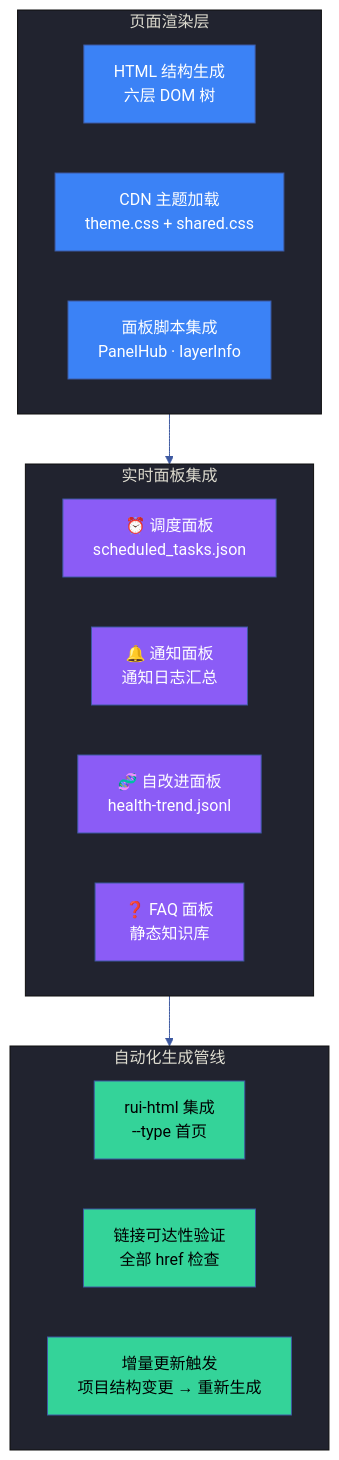
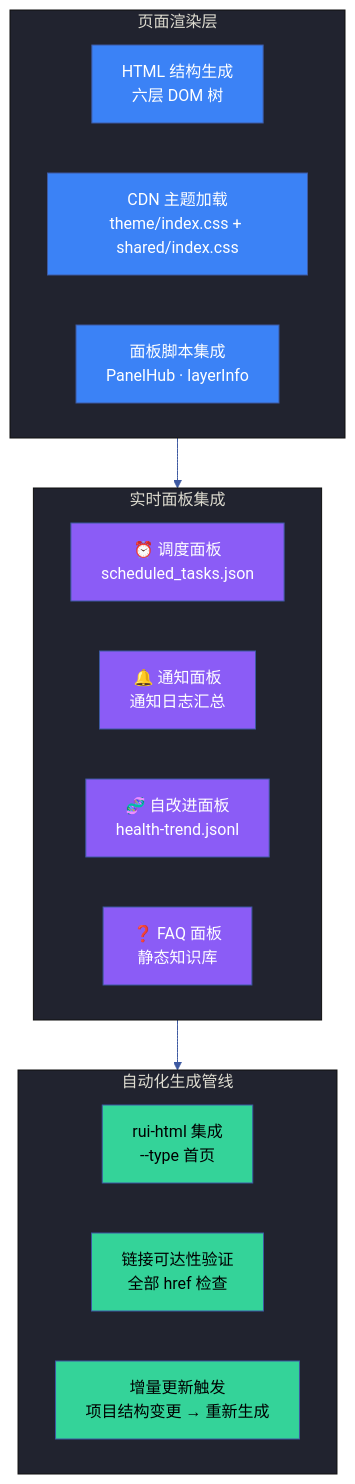
Before and after one commit to effiy/YrY: the third of 3 diagrams in docs/故事任务面板/首页/故事任务.md, drawn with Mermaid. The commit also changed other lines of this file and 553 other files, not shown here.

````diff
--- a/docs/故事任务面板/首页/故事任务.md
+++ b/docs/故事任务面板/首页/故事任务.md
@@ -144,35 +144,35 @@
 ```mermaid
 %%{init: {'theme': 'base', 'themeVariables': {
   'primaryColor': '#1e1f2b',
   'primaryTextColor': '#a9b1d6',
   'primaryBorderColor': '#3d59a1',
   'lineColor': '#3d59a1',
   'secondaryColor': '#2b2d3b',
   'tertiaryColor': '#21232f'
 }}}%%
 flowchart TD
     subgraph 渲染["页面渲染层"]
         HTML["HTML 结构生成<br/>六层 DOM 树"]:::render
-        CSS["CDN 主题加载<br/>theme.css + shared.css"]:::render
+        CSS["CDN 主题加载<br/>theme/index.css + shared/index.css"]:::render
         JS["面板脚本集成<br/>PanelHub · layerInfo"]:::render
     end
 
     subgraph 集成["实时面板集成"]
         CRON["⏰ 调度面板<br/>scheduled_tasks.json"]:::panel
         NOTIFY["🔔 通知面板<br/>通知日志汇总"]:::panel
         SELF["🧬 自改进面板<br/>health-trend.jsonl"]:::panel
         FAQ["❓ FAQ 面板<br/>静态知识库"]:::panel
     end
 
     subgraph 交付["自动化生成管线"]
         RUI["rui-html 集成<br/>--type 首页"]:::pipe
         VERIFY["链接可达性验证<br/>全部 href 检查"]:::pipe
         SYNC["增量更新触发<br/>项目结构变更 → 重新生成"]:::pipe
     end
 
     渲染 --> 集成 --> 交付
 
     classDef render fill:#3B82F6,color:#fff
     classDef panel fill:#8B5CF6,color:#fff
     classDef pipe fill:#34d399,color:#000
 ```
````
